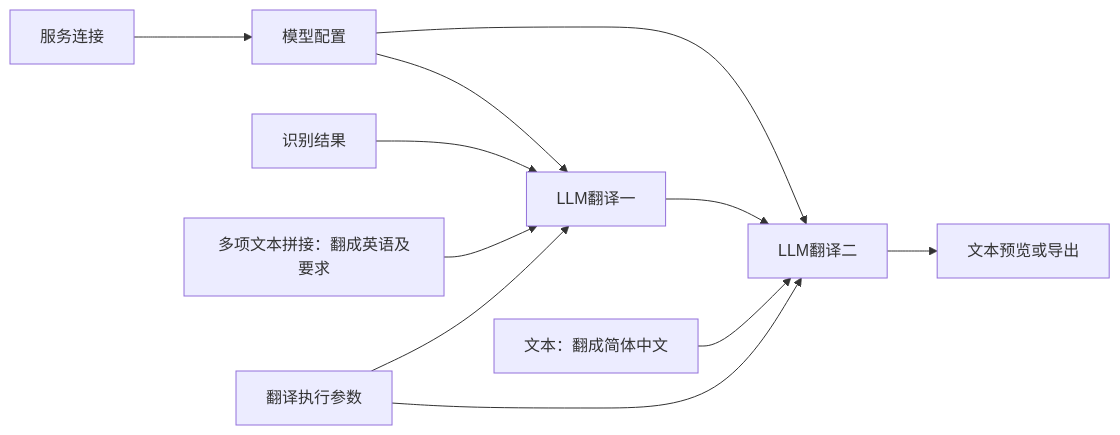
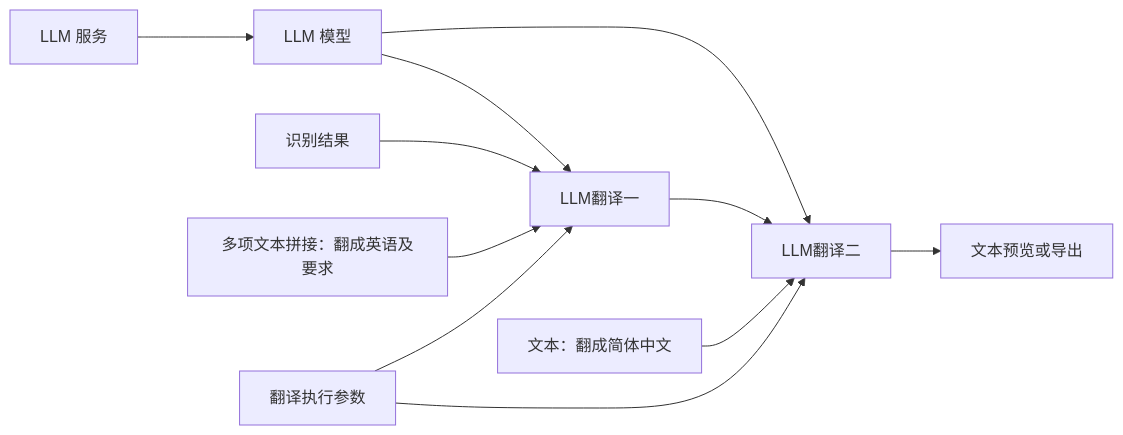
Before and after one commit to GFMasterpiece/VoiceTransl: the diagram in docs/translation_providers.md, drawn with Mermaid. The commit also changed other lines of this file and 103 other files, not shown here.

````diff
--- a/docs/translation_providers.md
+++ b/docs/translation_providers.md
@@ -14,11 +14,11 @@
 ```mermaid
 flowchart LR
-  S[服务连接] --> M[模型配置]
+  S[LLM 服务] --> M[LLM 模型]
   M --> T1[LLM翻译一]
   M --> T2[LLM翻译二]
   A[识别结果] --> T1 --> T2 --> O[文本预览或导出]
   X[多项文本拼接：翻成英语及要求] --> T1
   Y[文本：翻成简体中文] --> T2
   P[翻译执行参数] --> T1
   P --> T2
 ```
````
